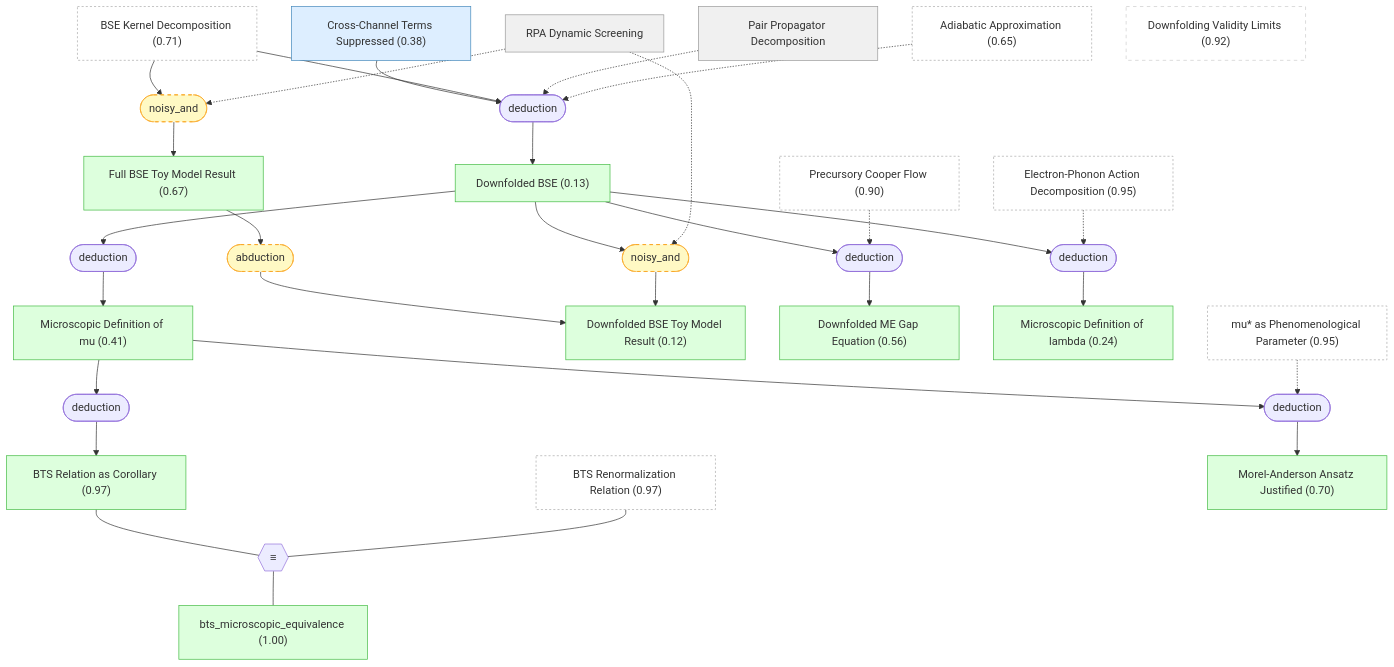
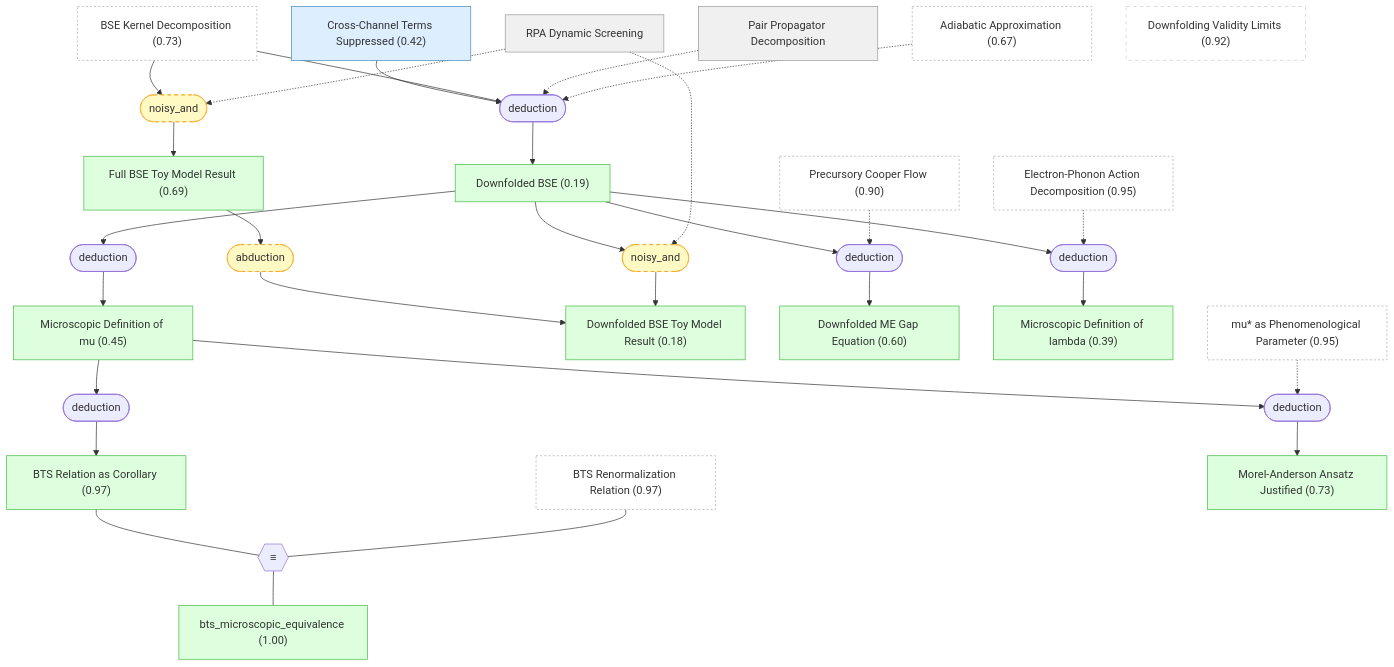
One commit to kunyuan/SuperconductivityElectronLiquids.gaia changed the third of 6 diagrams in README.md. Above: the diagram before and after it, drawn with Mermaid. The commit also changed other lines of this file, not shown here.

````diff
--- a/README.md
+++ b/README.md
@@ -253,71 +253,71 @@
 ```mermaid
 graph TD
-    adiabatic_approx["Adiabatic Approximation (0.65)"]:::external
+    adiabatic_approx["Adiabatic Approximation (0.67)"]:::external
     bts_renormalization["BTS Renormalization Relation (0.97)"]:::external
     mu_star_phenomenological["mu#ast; as Phenomenological Parameter (0.95)"]:::external
     electron_phonon_action["Electron-Phonon Action Decomposition (0.95)"]:::external
-    bse_kernel_decomposition["BSE Kernel Decomposition (0.71)"]:::external
+    bse_kernel_decomposition["BSE Kernel Decomposition (0.73)"]:::external
     precursory_cooper_flow["Precursory Cooper Flow (0.90)"]:::external
     pair_propagator_decomposition["Pair Propagator Decomposition"]:::setting
-    cross_term_suppressed["Cross-Channel Terms Suppressed (0.38)"]:::premise
+    cross_term_suppressed["Cross-Channel Terms Suppressed (0.42)"]:::premise
     rpa_dynamic_screening["RPA Dynamic Screening"]:::setting
-    full_bse_toy_model["Full BSE Toy Model Result (0.67)"]:::derived
-    downfolded_bse_toy_model["Downfolded BSE Toy Model Result (0.12)"]:::derived
+    full_bse_toy_model["Full BSE Toy Model Result (0.69)"]:::derived
+    downfolded_bse_toy_model["Downfolded BSE Toy Model Result (0.18)"]:::derived
     downfolding_validity_limits["Downfolding Validity Limits (0.92)"]:::orphan
-    downfolded_bse["Downfolded BSE (0.13)"]:::derived
-    downfolded_me_equation["Downfolded ME Gap Equation (0.56)"]:::derived
-    lambda_microscopic_definition["Microscopic Definition of lambda (0.24)"]:::derived
-    mu_microscopic_definition["Microscopic Definition of mu (0.41)"]:::derived
+    downfolded_bse["Downfolded BSE (0.19)"]:::derived
+    downfolded_me_equation["Downfolded ME Gap Equation (0.60)"]:::derived
+    lambda_microscopic_definition["Microscopic Definition of lambda (0.39)"]:::derived
+    mu_microscopic_definition["Microscopic Definition of mu (0.45)"]:::derived
     mu_scale_independence["BTS Relation as Corollary (0.97)"]:::derived
     bts_microscopic_equivalence["bts_microscopic_equivalence (1.00)"]:::derived
-    ma_pseudopotential_justified["Morel-Anderson Ansatz Justified (0.70)"]:::derived
+    ma_pseudopotential_justified["Morel-Anderson Ansatz Justified (0.73)"]:::derived
     strat_2(["noisy_and"]):::weak
     bse_kernel_decomposition --> strat_2
     rpa_dynamic_screening -.-> strat_2
     strat_2 --> full_bse_toy_model
     strat_3(["abduction"]):::weak
     full_bse_toy_model --> strat_3
     strat_3 --> downfolded_bse_toy_model
     strat_4(["deduction"])
     cross_term_suppressed --> strat_4
     bse_kernel_decomposition --> strat_4
     pair_propagator_decomposition -.-> strat_4
     adiabatic_approx -.-> strat_4
     strat_4 --> downfolded_bse
     strat_5(["noisy_and"]):::weak
     downfolded_bse --> strat_5
     rpa_dynamic_screening -.-> strat_5
     strat_5 --> downfolded_bse_toy_model
     strat_6(["deduction"])
     downfolded_bse --> strat_6
     precursory_cooper_flow -.-> strat_6
     strat_6 --> downfolded_me_equation
     strat_7(["deduction"])
     downfolded_bse --> strat_7
     electron_phonon_action -.-> strat_7
     strat_7 --> lambda_microscopic_definition
     strat_8(["deduction"])
     downfolded_bse --> strat_8
     strat_8 --> mu_microscopic_definition
     strat_9(["deduction"])
     mu_microscopic_definition --> strat_9
     strat_9 --> mu_scale_independence
     strat_10(["deduction"])
     mu_microscopic_definition --> strat_10
     mu_star_phenomenological -.-> strat_10
     strat_10 --> ma_pseudopotential_justified
     oper_0{{"≡"}}
     mu_scale_independence --- oper_0
     bts_renormalization --- oper_0
     oper_0 --- bts_microscopic_equivalence
 
-    classDef setting fill:#f0f0f0,stroke:#999,color:#333
-    classDef premise fill:#ddeeff,stroke:#4488bb,color:#333
-    classDef derived fill:#ddffdd,stroke:#44bb44,color:#333
-    classDef question fill:#fff3dd,stroke:#cc9944,color:#333
-    classDef background fill:#f5f5f5,stroke:#bbb,stroke-dasharray: 5 5,color:#333
-    classDef orphan fill:#fff,stroke:#ccc,stroke-dasharray: 5 5,color:#333
-    classDef external fill:#fff,stroke:#aaa,stroke-dasharray: 3 3,color:#333
-    classDef weak fill:#fff9c4,stroke:#f9a825,stroke-dasharray: 5 5,color:#333
-    classDef contra fill:#ffebee,stroke:#c62828,color:#333
+    classDef setting fill:#f0f0f0,stroke:#999
+    classDef premise fill:#ddeeff,stroke:#4488bb
+    classDef derived fill:#ddffdd,stroke:#44bb44
+    classDef question fill:#fff3dd,stroke:#cc9944
+    classDef background fill:#f5f5f5,stroke:#bbb,stroke-dasharray: 5 5
+    classDef orphan fill:#fff,stroke:#ccc,stroke-dasharray: 5 5
+    classDef external fill:#fff,stroke:#aaa,stroke-dasharray: 3 3
+    classDef weak fill:#fff9c4,stroke:#f9a825,stroke-dasharray: 5 5
+    classDef contra fill:#ffebee,stroke:#c62828
 ```
````
